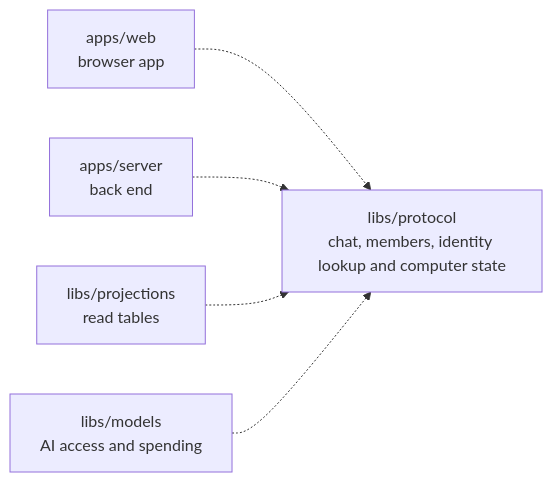
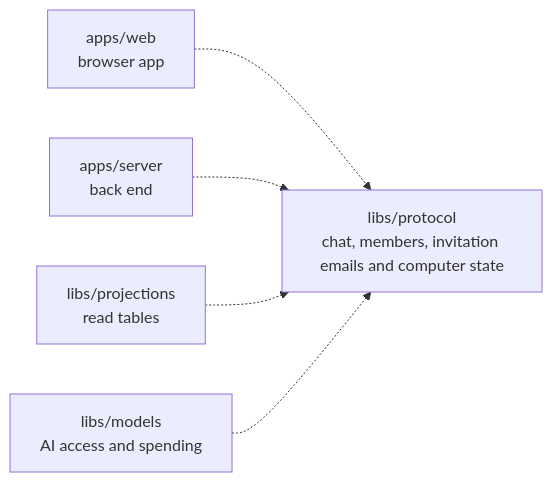
Before and after one commit to elewa-git/opencrane-new: the diagram in libs/protocol/README.md, drawn with Mermaid. The commit also changed other lines of this file and 25 other files, not shown here.

Commit message:
🔒 Check invitation emails without a Zitadel directory key.

````diff
--- a/libs/protocol/README.md
+++ b/libs/protocol/README.md
@@ -11,7 +11,7 @@
 ```mermaid
 flowchart LR
-  web["apps/web<br/>browser app"] -.-> protocol["libs/protocol<br/>chat, members, identity lookup and computer state"]
+  web["apps/web<br/>browser app"] -.-> protocol["libs/protocol<br/>chat, members, invitation emails and computer state"]
   server["apps/server<br/>back end"] -.-> protocol
   projections["libs/projections<br/>read tables"] -.-> protocol
   models["libs/models<br/>AI access and spending"] -.-> protocol
 ```
````
